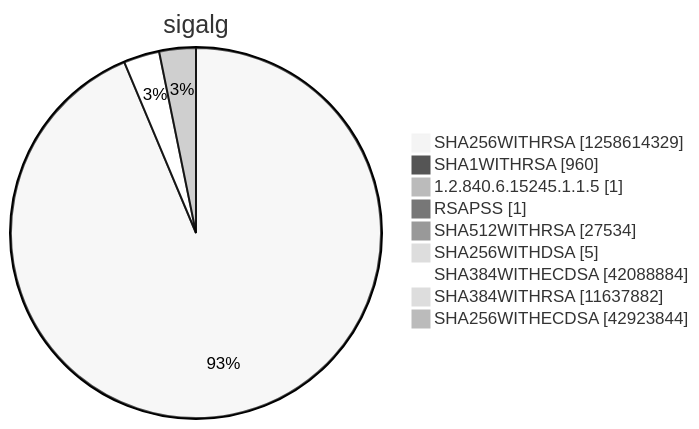
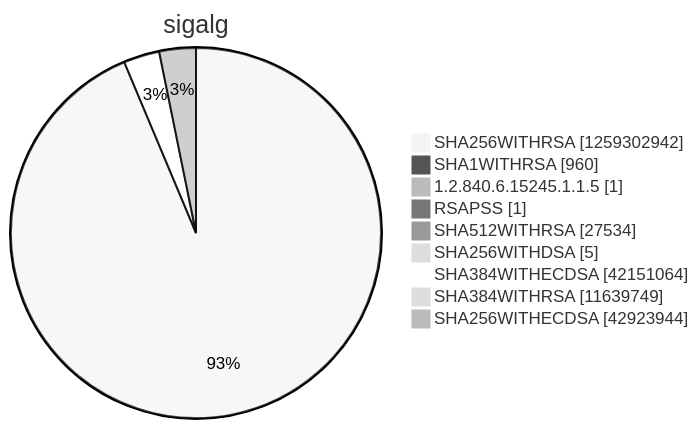
One commit to christiankrug/ctmonitor_visualization changed diagram 15 of 15 in argon2022/README.md. Above: the diagram before and after it, drawn with Mermaid (neutral theme). The commit also changed other lines of this file, not shown here.

````diff
--- a/argon2022/README.md
+++ b/argon2022/README.md
@@ -5522,13 +5522,13 @@
 ```mermaid
 pie showData
 title sigalg
-"SHA256WITHRSA" :1258614329
+"SHA256WITHRSA" :1259302942
 "SHA1WITHRSA" :960
 "1.2.840.6.15245.1.1.5" :1
 "RSAPSS" :1
 "SHA512WITHRSA" :27534
 "SHA256WITHDSA" :5
-"SHA384WITHECDSA" :42088884
-"SHA384WITHRSA" :11637882
-"SHA256WITHECDSA" :42923844
+"SHA384WITHECDSA" :42151064
+"SHA384WITHRSA" :11639749
+"SHA256WITHECDSA" :42923944
 ```
````
